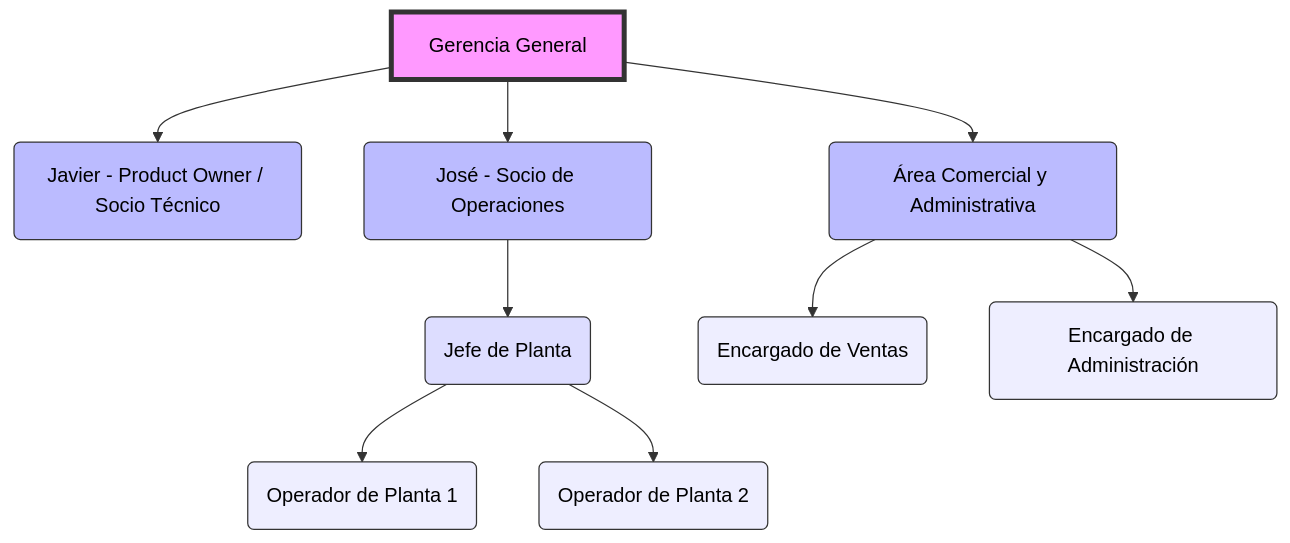
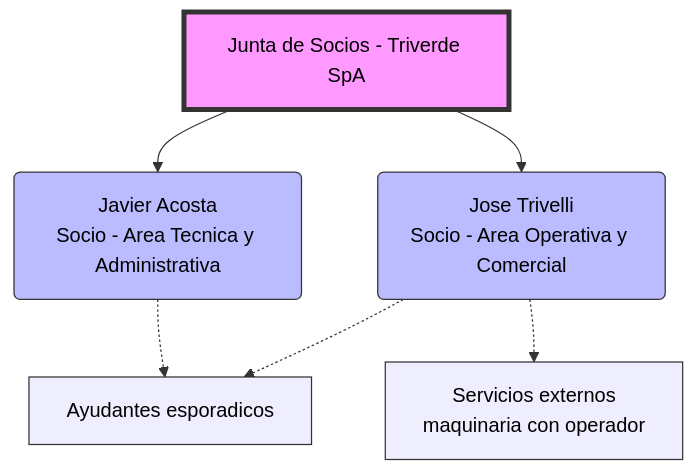
Before and after one commit to kenjikaese/Triverde: the diagram in docs/trabajo-grupal/diagramas/agustin/organigrama_triverde.mmd, drawn with Mermaid. The commit also changed 1 other file, not shown here.

Commit message:
fix: actualiza organigrama con estructura real de Triverde

```diff
--- a/docs/trabajo-grupal/diagramas/agustin/organigrama_triverde.mmd
+++ b/docs/trabajo-grupal/diagramas/agustin/organigrama_triverde.mmd
@@ -1,21 +1,12 @@
 graph TD
-    A[Gerencia General] --> B(Javier - Product Owner / Socio Técnico);
-    A --> C(José - Socio de Operaciones);
-    A --> D(Área Comercial y Administrativa);
-
-    C --> E(Jefe de Planta);
-    E --> F(Operador de Planta 1);
-    E --> G(Operador de Planta 2);
-
-    D --> H(Encargado de Ventas);
-    D --> I(Encargado de Administración);
+    A[Junta de Socios - Triverde SpA] --> B(Javier Acosta<br/>Socio - Area Tecnica y Administrativa)
+    A --> C(Jose Trivelli<br/>Socio - Area Operativa y Comercial)
+    B -.-> D[Ayudantes esporadicos]
+    C -.-> D
+    C -.-> E[Servicios externos<br/>maquinaria con operador]
 
     style A fill:#f9f,stroke:#333,stroke-width:4px,color:black
     style B fill:#bbf,stroke:#333,color:black
     style C fill:#bbf,stroke:#333,color:black
-    style D fill:#bbf,stroke:#333,color:black
-    style E fill:#ddf,stroke:#333,color:black
-    style F fill:#eef,stroke:#333,color:black
-    style G fill:#eef,stroke:#333,color:black
-    style H fill:#eef,stroke:#333,color:black
-    style I fill:#eef,stroke:#333,color:black
+    style D fill:#eef,stroke:#333,color:black
+    style E fill:#eef,stroke:#333,color:black
```
